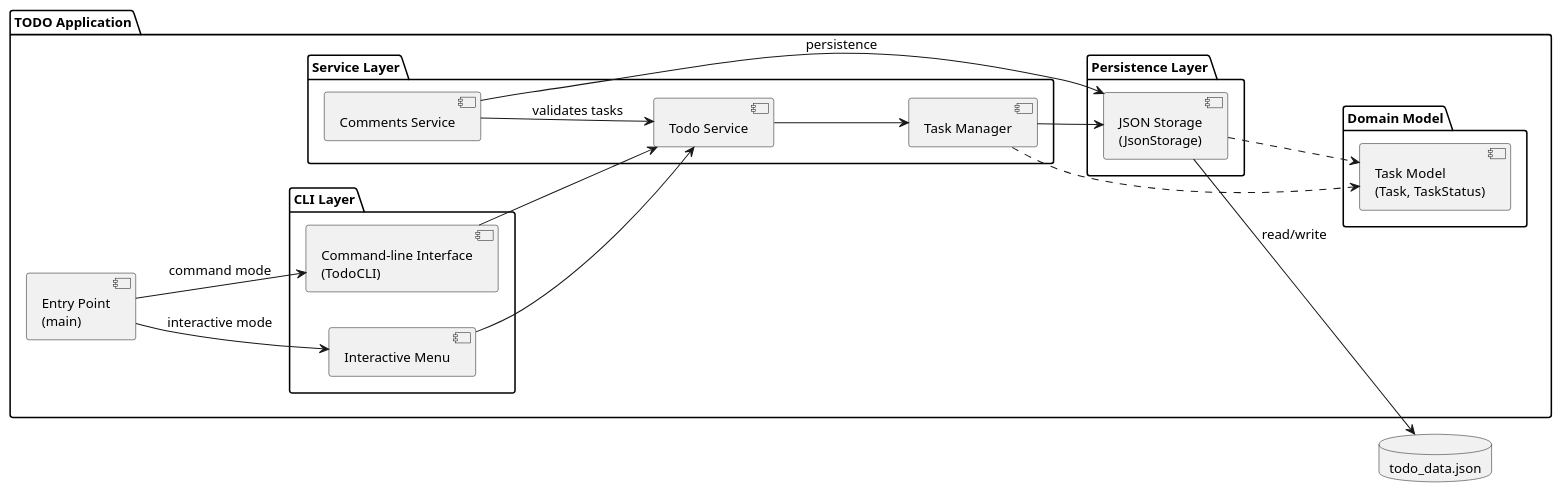
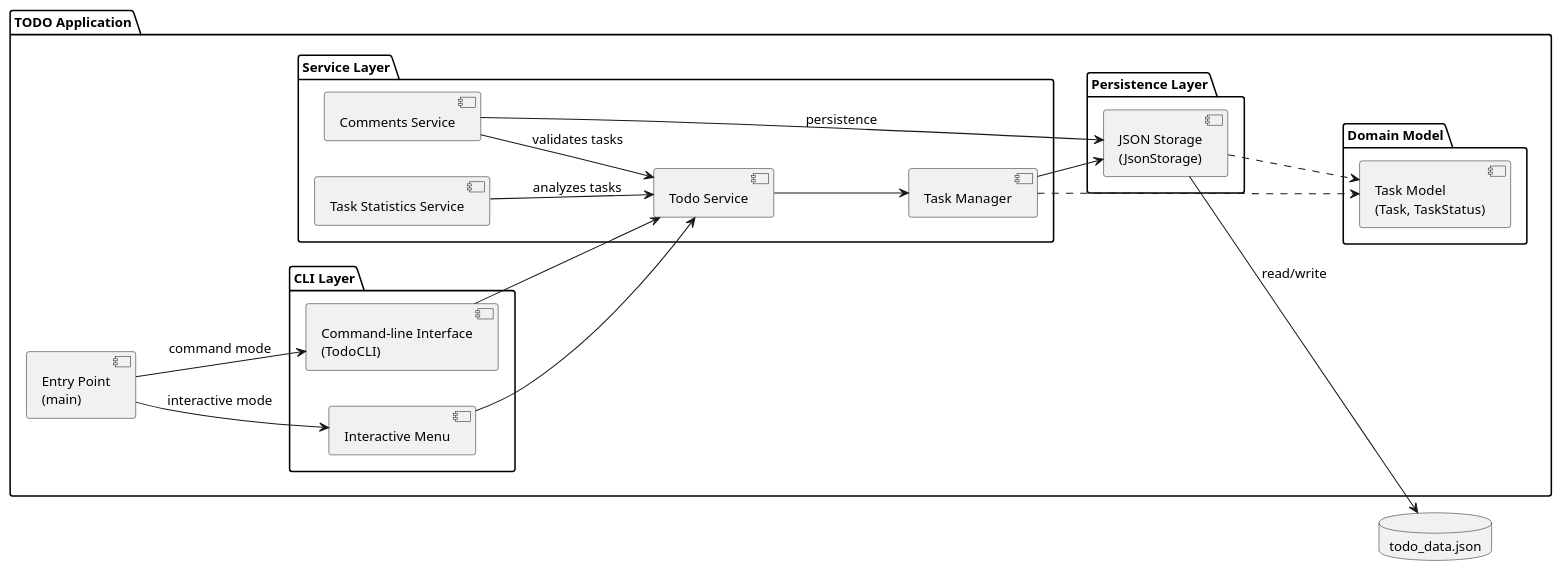
The diagram in experiments/pipeline/test_driven/TODO/artifacts/component_diagram.puml (DanielRiha8906/Software_autoevolution_using_agents), drawn with PlantUML before and after one commit. The commit also changed 8 other files, not shown here.

First line of the commit message:
Implement TaskStatisticsService with comprehensive statistics computation

```diff
--- a/experiments/pipeline/test_driven/TODO/artifacts/component_diagram.puml
+++ b/experiments/pipeline/test_driven/TODO/artifacts/component_diagram.puml
@@ -1,49 +1,51 @@
 @startuml component_diagram
 
 skinparam componentStyle uml2
 skinparam defaultFontSize 13
 
 left to right direction
 
 package "TODO Application" {
 
     component "Entry Point\n(main)" as Main
 
     package "CLI Layer" {
         component "Interactive Menu" as IM
         component "Command-line Interface\n(TodoCLI)" as CLI
     }
 
     package "Service Layer" {
         component "Todo Service" as SVC
         component "Task Manager" as MGR
         component "Comments Service" as CSVC
+        component "Task Statistics Service" as STATS
     }
 
     package "Domain Model" {
         component "Task Model\n(Task, TaskStatus)" as Model
     }
 
     package "Persistence Layer" {
         component "JSON Storage\n(JsonStorage)" as Storage
     }
 }
 
 database "todo_data.json" as DB
 
 Main --> IM : interactive mode
 Main --> CLI : command mode
 
 IM --> SVC
 CLI --> SVC
 
 SVC --> MGR
 CSVC --> SVC : validates tasks
 CSVC --> Storage : persistence
+STATS --> SVC : analyzes tasks
 MGR --> Storage
 MGR ..> Model
 Storage ..> Model
 
 Storage --> DB : read/write
 
 @enduml
```
